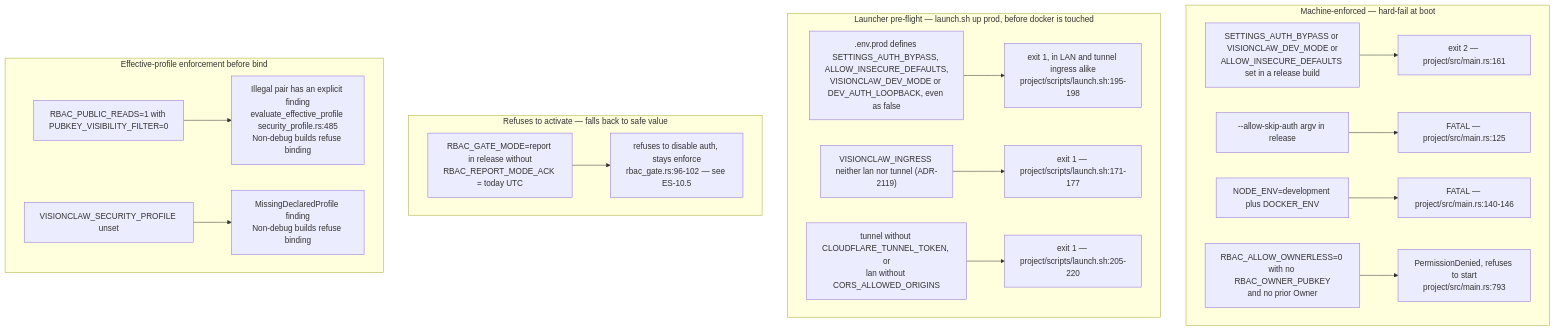
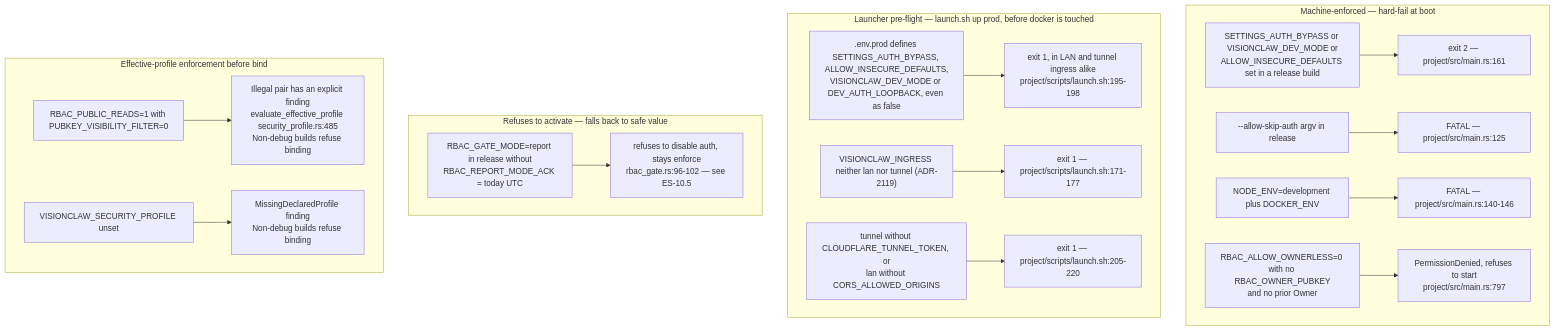
One commit to DreamLab-AI/VisionFlow changed the fourth of 11 diagrams in docs/diagrams/estate/10-deployment-and-security-profiles.md. Above: the diagram before and after it, drawn with Mermaid. The commit also changed other lines of this file and 111 other files, not shown here.

Commit message:
docs(diagrams): align estate maps with current source

````diff
--- a/docs/diagrams/estate/10-deployment-and-security-profiles.md
+++ b/docs/diagrams/estate/10-deployment-and-security-profiles.md
@@ -176,42 +176,42 @@
 ```mermaid
 flowchart TB
     subgraph hard["Machine-enforced — hard-fail at boot"]
         H1["SETTINGS_AUTH_BYPASS or VISIONCLAW_DEV_MODE or<br/>ALLOW_INSECURE_DEFAULTS set in a release build"]
         H1E["exit 2 — project/src/main.rs:161"]
         H2["--allow-skip-auth argv in release"]
         H2E["FATAL — project/src/main.rs:125"]
         H3["NODE_ENV=development plus DOCKER_ENV"]
         H3E["FATAL — project/src/main.rs:140-146"]
         H4["RBAC_ALLOW_OWNERLESS=0 with no RBAC_OWNER_PUBKEY<br/>and no prior Owner"]
-        H4E["PermissionDenied, refuses to start<br/>project/src/main.rs:793"]
+        H4E["PermissionDenied, refuses to start<br/>project/src/main.rs:797"]
     end
     subgraph launcher["Launcher pre-flight — launch.sh up prod, before docker is touched"]
         P1[".env.prod defines SETTINGS_AUTH_BYPASS, ALLOW_INSECURE_DEFAULTS,<br/>VISIONCLAW_DEV_MODE or DEV_AUTH_LOOPBACK, even as false"]
         P1E["exit 1, in LAN and tunnel ingress alike<br/>project/scripts/launch.sh:195-198"]
         P2["VISIONCLAW_INGRESS neither lan nor tunnel (ADR-2119)"]
         P2E["exit 1 — project/scripts/launch.sh:171-177"]
         P3["tunnel without CLOUDFLARE_TUNNEL_TOKEN, or<br/>lan without CORS_ALLOWED_ORIGINS"]
         P3E["exit 1 — project/scripts/launch.sh:205-220"]
     end
     subgraph soft["Refuses to activate — falls back to safe value"]
         S1["RBAC_GATE_MODE=report in release without<br/>RBAC_REPORT_MODE_ACK = today UTC"]
         S1E["refuses to disable auth, stays enforce<br/>rbac_gate.rs:96-102 — see ES-10.5"]
     end
     subgraph none["Effective-profile enforcement before bind"]
         N1["RBAC_PUBLIC_READS=1 with PUBKEY_VISIBILITY_FILTER=0"]
         N1E["Illegal pair has an explicit finding<br/>evaluate_effective_profile security_profile.rs:485<br/>Non-debug builds refuse binding"]
         N2["VISIONCLAW_SECURITY_PROFILE unset"]
         N2E["MissingDeclaredProfile finding<br/>Non-debug builds refuse binding"]
     end
 
     H1 --> H1E
     H2 --> H2E
     H3 --> H3E
     H4 --> H4E
     S1 --> S1E
     P1 --> P1E
     P2 --> P2E
     P3 --> P3E
     N1 --> N1E
     N2 --> N2E
 ```
````
